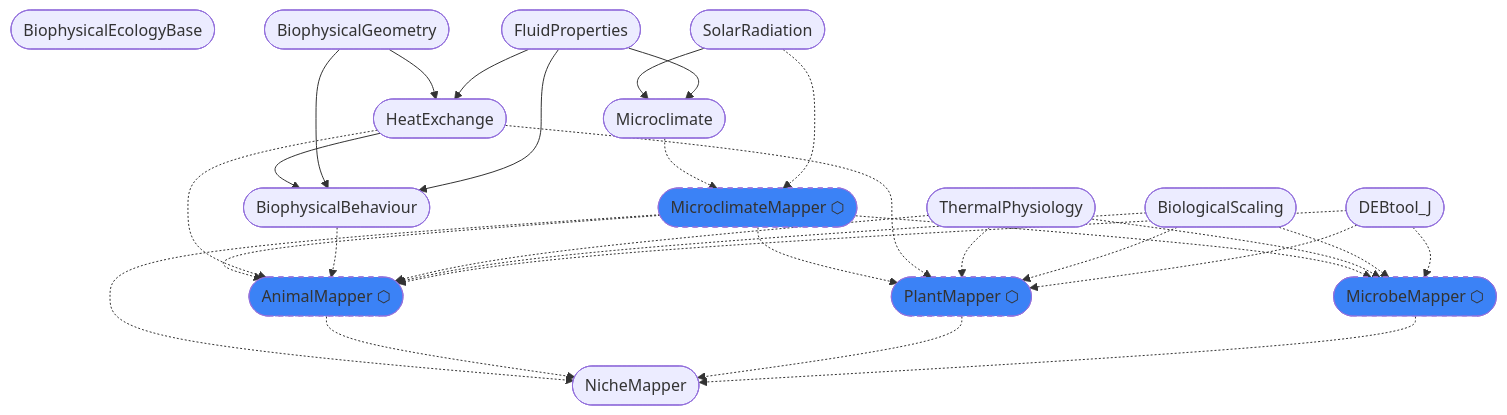
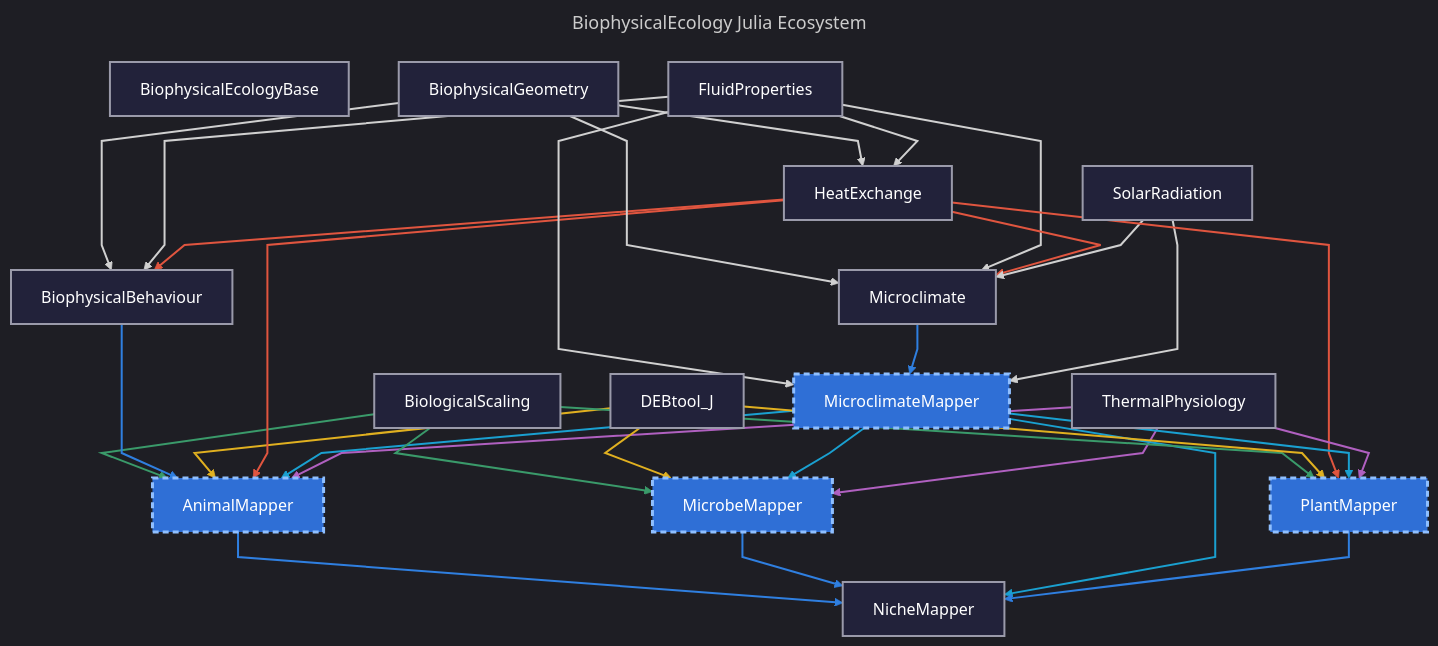
Before and after one commit to BiophysicalEcology/NicheMapper.jl: the diagram in docs/architecture/mechanistic_niche_modelling_framework.md, drawn with Mermaid. The commit also changed other lines of this file and 2 other files, not shown here.

Commit message:
update ecosystem graph

````diff
--- a/docs/architecture/mechanistic_niche_modelling_framework.md
+++ b/docs/architecture/mechanistic_niche_modelling_framework.md
@@ -57,54 +57,65 @@
 ```mermaid
+---
+title: BiophysicalEcology Julia Ecosystem
+---
+%%{init: {"theme": "dark", "flowchart": {"curve": "linear"}}}%%
 graph TD
 
-  %% Existing packages
-  BiologicalScaling(["BiologicalScaling"])
-  BiophysicalBehaviour(["BiophysicalBehaviour"])
-  BiophysicalEcologyBase(["BiophysicalEcologyBase"])
-  BiophysicalGeometry(["BiophysicalGeometry"])
-  DEBtool_J(["DEBtool_J"])
-  FluidProperties(["FluidProperties"])
-  HeatExchange(["HeatExchange"])
-  Microclimate(["Microclimate"])
-  NicheMapper(["NicheMapper"])
-  SolarRadiation(["SolarRadiation"])
-  ThermalPhysiology(["ThermalPhysiology"])
+  AnimalMapper["AnimalMapper"]:::mapper
+  BiologicalScaling["BiologicalScaling"]:::pkg
+  BiophysicalBehaviour["BiophysicalBehaviour"]:::pkg
+  BiophysicalEcologyBase["BiophysicalEcologyBase"]:::pkg
+  BiophysicalGeometry["BiophysicalGeometry"]:::pkg
+  DEBtool_J["DEBtool_J"]:::pkg
+  FluidProperties["FluidProperties"]:::pkg
+  HeatExchange["HeatExchange"]:::pkg
+  MicrobeMapper["MicrobeMapper"]:::mapper
+  Microclimate["Microclimate"]:::pkg
+  MicroclimateMapper["MicroclimateMapper"]:::mapper
+  NicheMapper["NicheMapper"]:::pkg
+  PlantMapper["PlantMapper"]:::mapper
+  SolarRadiation["SolarRadiation"]:::pkg
+  ThermalPhysiology["ThermalPhysiology"]:::pkg
 
-  %% Planned packages
-  AnimalMapper(["AnimalMapper ⬡"]):::planned
-  MicrobeMapper(["MicrobeMapper ⬡"]):::planned
-  MicroclimateMapper(["MicroclimateMapper ⬡"]):::planned
-  PlantMapper(["PlantMapper ⬡"]):::planned
-
-  %% Dependencies
-  MicroclimateMapper -.-> AnimalMapper
-  HeatExchange -.-> AnimalMapper
-  BiophysicalBehaviour -.-> AnimalMapper
-  ThermalPhysiology -.-> AnimalMapper
-  BiologicalScaling -.-> AnimalMapper
-  DEBtool_J -.-> AnimalMapper
-  HeatExchange --> BiophysicalBehaviour
+  BiologicalScaling --> AnimalMapper
+  BiophysicalBehaviour --> AnimalMapper
+  DEBtool_J --> AnimalMapper
+  HeatExchange --> AnimalMapper
+  MicroclimateMapper --> AnimalMapper
+  ThermalPhysiology --> AnimalMapper
   BiophysicalGeometry --> BiophysicalBehaviour
   FluidProperties --> BiophysicalBehaviour
+  HeatExchange --> BiophysicalBehaviour
   BiophysicalGeometry --> HeatExchange
   FluidProperties --> HeatExchange
-  MicroclimateMapper -.-> MicrobeMapper
-  ThermalPhysiology -.-> MicrobeMapper
-  BiologicalScaling -.-> MicrobeMapper
-  DEBtool_J -.-> MicrobeMapper
+  BiologicalScaling --> MicrobeMapper
+  DEBtool_J --> MicrobeMapper
+  MicroclimateMapper --> MicrobeMapper
+  ThermalPhysiology --> MicrobeMapper
+  BiophysicalGeometry --> Microclimate
+  FluidProperties --> Microclimate
+  HeatExchange --> Microclimate
   SolarRadiation --> Microclimate
-  FluidProperties --> Microclimate
-  Microclimate -.-> MicroclimateMapper
-  SolarRadiation -.-> MicroclimateMapper
-  MicroclimateMapper -.-> NicheMapper
-  AnimalMapper -.-> NicheMapper
-  PlantMapper -.-> NicheMapper
-  MicrobeMapper -.-> NicheMapper
-  MicroclimateMapper -.-> PlantMapper
-  HeatExchange -.-> PlantMapper
-  ThermalPhysiology -.-> PlantMapper
-  BiologicalScaling -.-> PlantMapper
-  DEBtool_J -.-> PlantMapper
+  FluidProperties --> MicroclimateMapper
+  Microclimate --> MicroclimateMapper
+  SolarRadiation --> MicroclimateMapper
+  AnimalMapper --> NicheMapper
+  MicrobeMapper --> NicheMapper
+  MicroclimateMapper --> NicheMapper
+  PlantMapper --> NicheMapper
+  BiologicalScaling --> PlantMapper
+  DEBtool_J --> PlantMapper
+  HeatExchange --> PlantMapper
+  MicroclimateMapper --> PlantMapper
+  ThermalPhysiology --> PlantMapper
 
-  classDef planned stroke-dasharray:5 5,fill:#3b82f6
+  classDef pkg fill:#22223a,stroke:#9a9aaa,stroke-width:2px,color:#fff
+  classDef mapper fill:#2f6fd6,stroke:#8fbfff,stroke-width:3px,stroke-dasharray:6 4,color:#fff
+  linkStyle 0,11,26 stroke:#3a9a6a,stroke-width:2px
+  linkStyle 1,20,22,23,25 stroke:#2f7fe0,stroke-width:2px
+  linkStyle 2,12,27 stroke:#e0b020,stroke-width:2px
+  linkStyle 3,8,17,28 stroke:#e0553f,stroke-width:2px
+  linkStyle 4,13,24,29 stroke:#1aa0d0,stroke-width:2px
+  linkStyle 5,14,30 stroke:#b060c0,stroke-width:2px
+  linkStyle 6,7,9,10,15,16,18,19,21 stroke:#d0d0d0,stroke-width:2px
 ```
````
